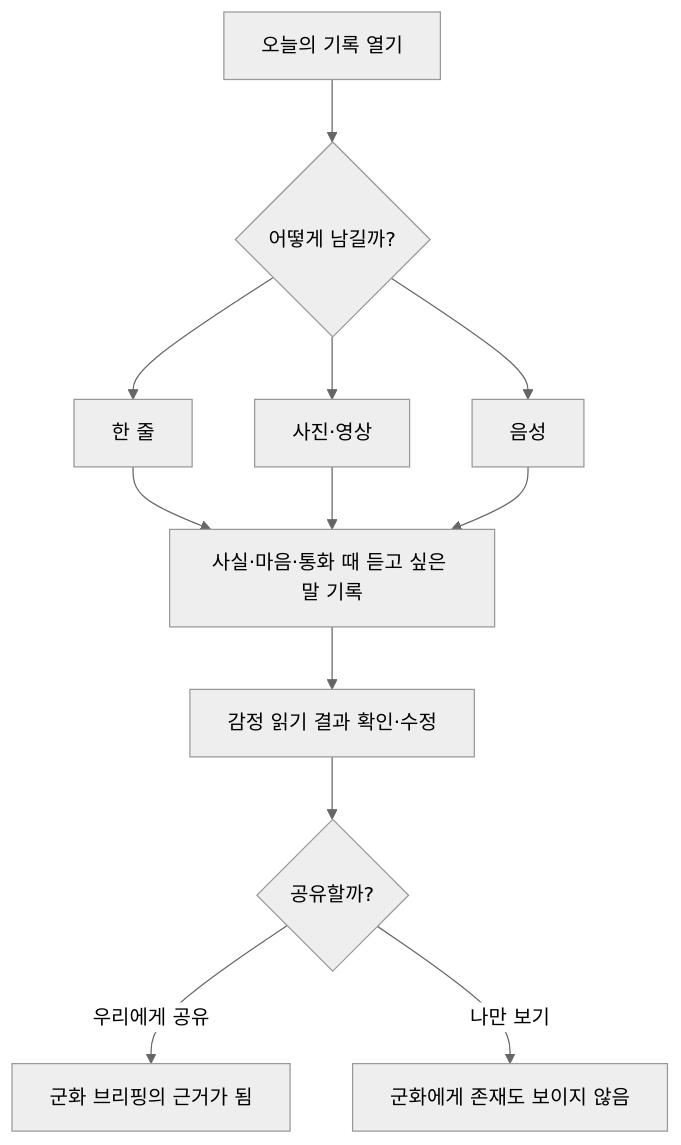
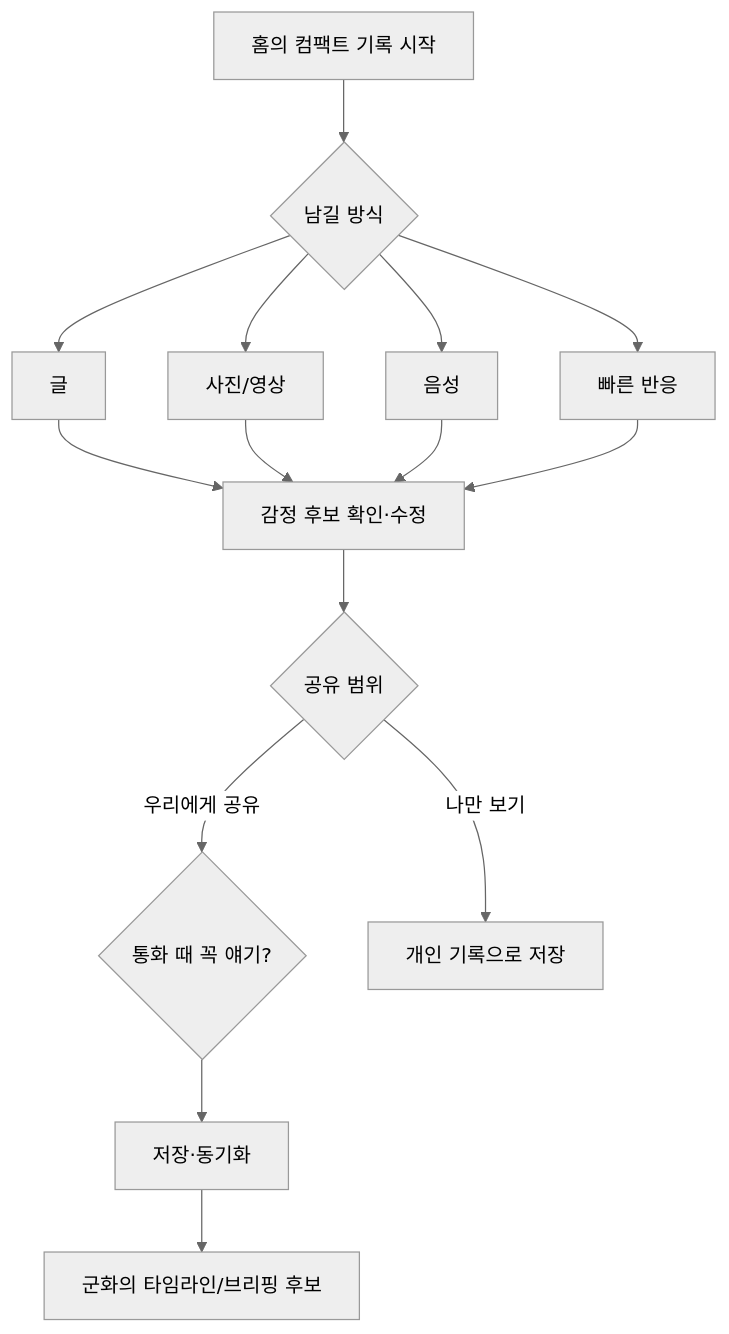
Before and after one commit to yesung23/gomsin-log: the third of 8 diagrams in docs/USER_FLOWS.md, drawn with Mermaid (neutral theme). The commit also changed other lines of this file and 25 other files, not shown here.

````diff
--- a/docs/USER_FLOWS.md
+++ b/docs/USER_FLOWS.md
@@ -19,14 +38,17 @@
 ```mermaid
 flowchart TD
-    A["오늘의 기록 열기"] --> B{"어떻게 남길까?"}
-    B --> C["한 줄"]
-    B --> D["사진·영상"]
-    B --> E["음성"]
-    C --> F["사실·마음·통화 때 듣고 싶은 말 기록"]
-    D --> F
-    E --> F
-    F --> G["감정 읽기 결과 확인·수정"]
-    G --> H{"공유할까?"}
-    H -- "우리에게 공유" --> I["군화 브리핑의 근거가 됨"]
-    H -- "나만 보기" --> J["군화에게 존재도 보이지 않음"]
+  A["홈의 컴팩트 기록 시작"] --> B{"남길 방식"}
+  B --> C["글"]
+  B --> D["사진/영상"]
+  B --> E["음성"]
+  B --> F["빠른 반응"]
+  C --> G["감정 후보 확인·수정"]
+  D --> G
+  E --> G
+  F --> G
+  G --> H{"공유 범위"}
+  H -- "우리에게 공유" --> I{"통화 때 꼭 얘기?"}
+  H -- "나만 보기" --> J["개인 기록으로 저장"]
+  I --> K["저장·동기화"]
+  K --> L["군화의 타임라인/브리핑 후보"]
 ```
````
